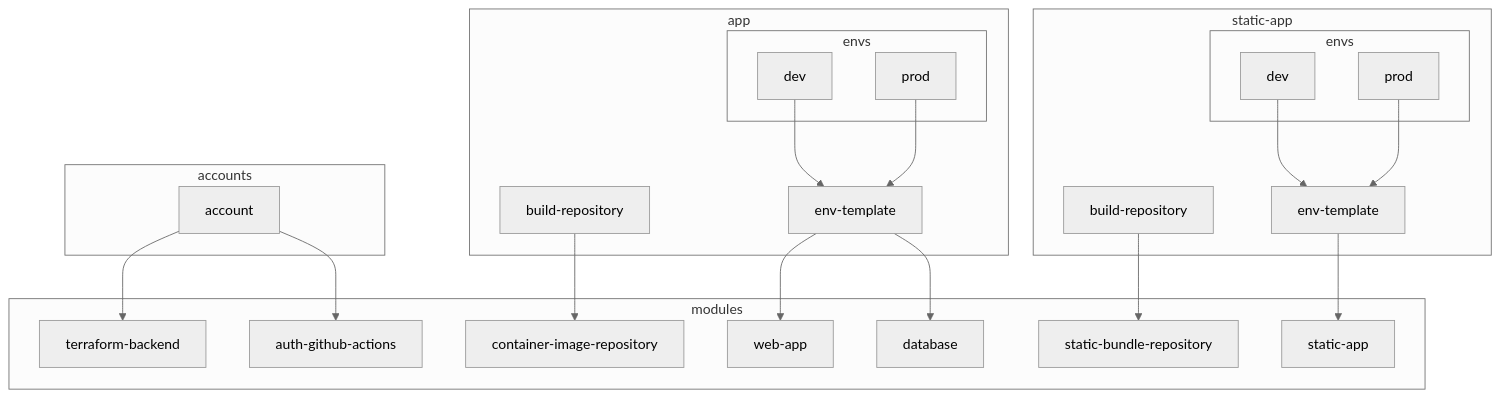
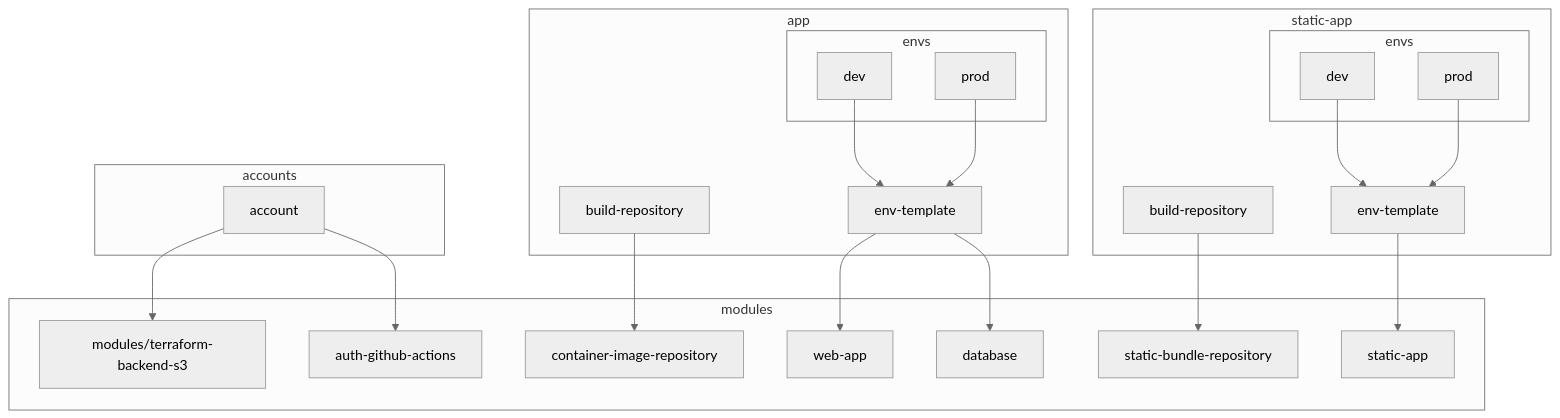
One commit to navapbc/template-infra changed the first of 2 diagrams in docs/infra/module-architecture.md. Above: the diagram before and after it, drawn with Mermaid (neutral theme). The commit also changed 3 other files, not shown here.

Commit message:
Rename terraform-backend to terraform-backend-s3

````diff
--- a/docs/infra/module-architecture.md
+++ b/docs/infra/module-architecture.md
@@ -28,51 +28,51 @@
 ```mermaid
 flowchart TB
 
   subgraph accounts
     account
   end
 
   subgraph app
     app/build-repository[build-repository]
     app/env-template[env-template]
 
     subgraph app/envs[envs]
       app/envs/dev[dev]
       app/envs/prod[prod]
     end
 
     app/envs/dev --> app/env-template
     app/envs/prod --> app/env-template
   end
 
   subgraph static-app
     static-app/build-repository[build-repository]
     static-app/env-template[env-template]
 
     subgraph static-app/envs[envs]
       static-app/envs/dev[dev]
       static-app/envs/prod[prod]
     end
 
     static-app/envs/dev --> static-app/env-template
     static-app/envs/prod --> static-app/env-template
   end
 
   subgraph modules
-    terraform-backend
+    modules/terraform-backend-s3
     auth-github-actions
     container-image-repository
     web-app
     database
     static-bundle-repository
     modules/static-app[static-app]
   end
 
-  account --> terraform-backend
+  account --> modules/terraform-backend-s3
   account --> auth-github-actions
   app/build-repository --> container-image-repository
   app/env-template --> web-app
   app/env-template --> database
   static-app/build-repository --> static-bundle-repository
   static-app/env-template --> modules/static-app
 ```
````
